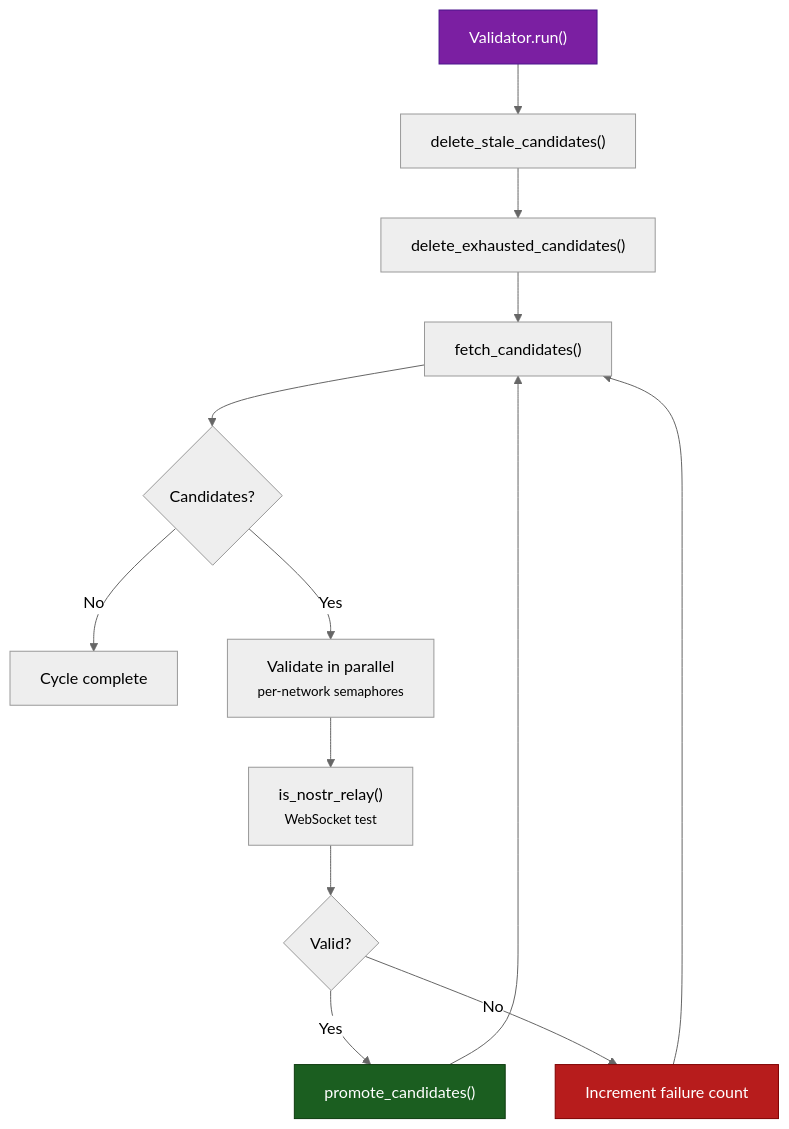
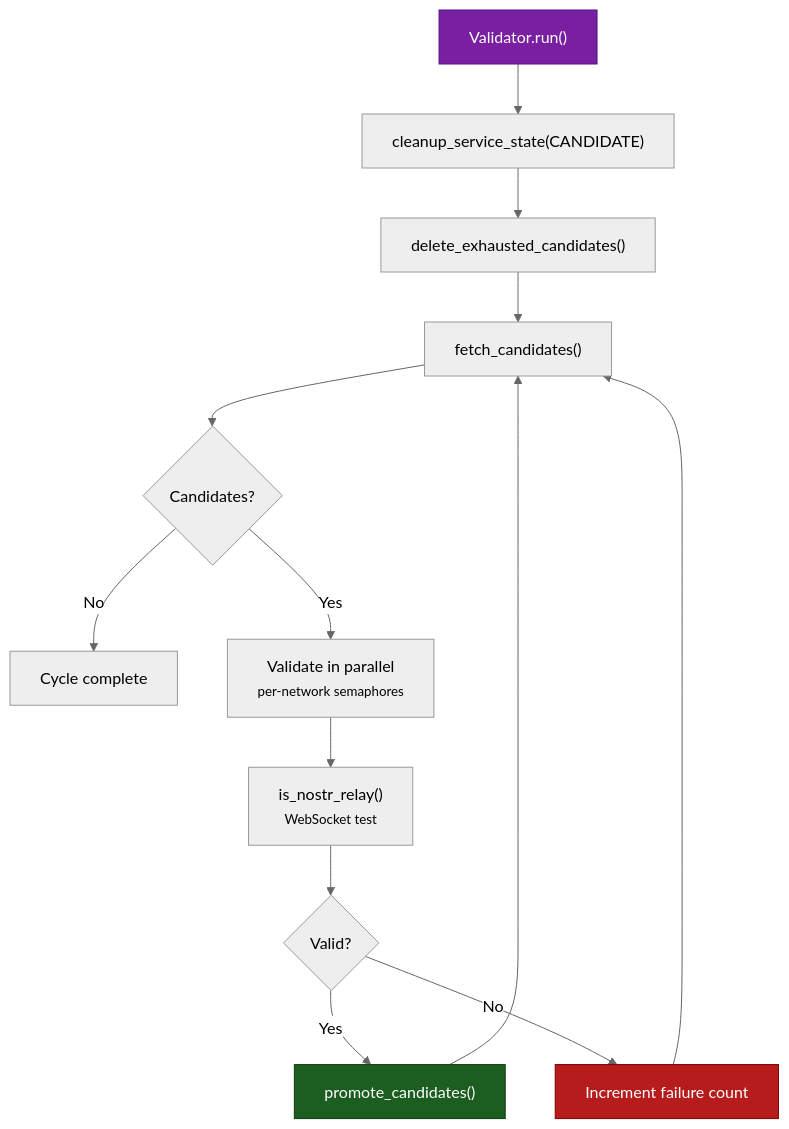
The third of 5 diagrams in docs/user-guide/services.md (BigBrotr/bigbrotr), drawn with Mermaid (neutral theme) before and after one commit. The commit also changed 12 other files, not shown here.

````diff
--- a/docs/user-guide/services.md
+++ b/docs/user-guide/services.md
@@ -182,19 +182,19 @@
 ```mermaid
 flowchart TD
-    A["Validator.run()"] --> B["delete_stale_candidates()"]
+    A["Validator.run()"] --> B["cleanup_service_state(CANDIDATE)"]
     B --> C["delete_exhausted_candidates()"]
     C --> D["fetch_candidates()"]
     D --> E{Candidates?}
     E -->|No| F["Cycle complete"]
     E -->|Yes| G["Validate in parallel<br/><small>per-network semaphores</small>"]
     G --> H["is_nostr_relay()<br/><small>WebSocket test</small>"]
     H --> I{Valid?}
     I -->|Yes| J["promote_candidates()"]
     I -->|No| K["Increment failure count"]
     J --> D
     K --> D
 
     style A fill:#7B1FA2,color:#fff,stroke:#4A148C
     style J fill:#1B5E20,color:#fff,stroke:#0D3B0F
     style K fill:#B71C1C,color:#fff,stroke:#7F0000
 ```
````
